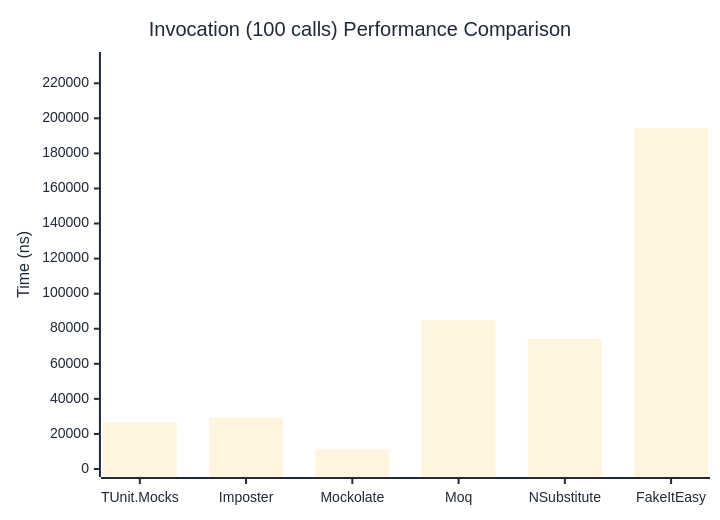
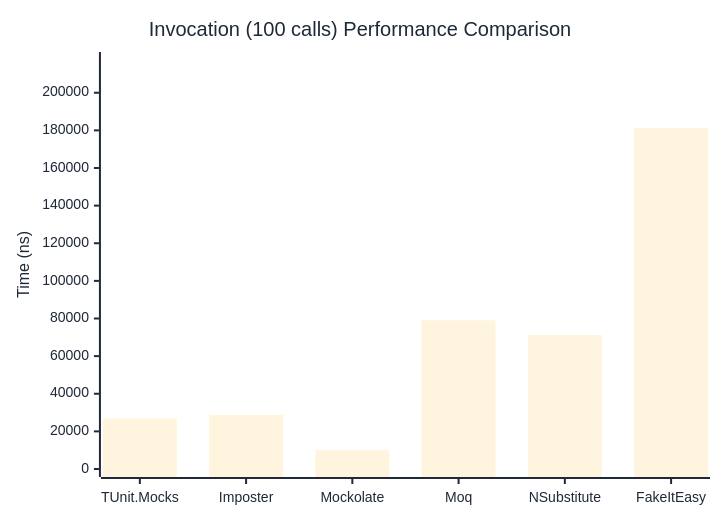
Before and after one commit to thomhurst/TUnit: the third of 3 diagrams in docs/docs/benchmarks/mocks/Invocation.md, drawn with Mermaid. The commit also changed other lines of this file and 14 other files, not shown here.

````diff
--- a/docs/docs/benchmarks/mocks/Invocation.md
+++ b/docs/docs/benchmarks/mocks/Invocation.md
@@ -112,27 +112,27 @@
 ```mermaid
 %%{init: {
   'theme':'base',
   'themeVariables': {
     'primaryColor': '#2563eb',
     'primaryTextColor': '#1f2937',
     'primaryBorderColor': '#1e40af',
     'lineColor': '#6b7280',
     'secondaryColor': '#7c3aed',
     'tertiaryColor': '#dc2626',
     'background': '#ffffff',
     'pie1': '#2563eb',
     'pie2': '#7c3aed',
     'pie3': '#dc2626',
     'pie4': '#f59e0b',
     'pie5': '#10b981',
     'pie6': '#06b6d4',
     'pie7': '#ec4899',
     'pie8': '#6366f1'
   }
 }}%%
 xychart-beta
   title "Invocation (100 calls) Performance Comparison"
   x-axis ["TUnit.Mocks", "Imposter", "Mockolate", "Moq", "NSubstitute", "FakeItEasy"]
-  y-axis "Time (ns)" 0 --> 233266
-  bar [26774.46, 29422.66, 11300.93, 84945.32, 74207.71, 194387.96]
+  y-axis "Time (ns)" 0 --> 217404
+  bar [26850.4, 28782.98, 10047.18, 78996.11, 71259.47, 181169.39]
 ```
````
